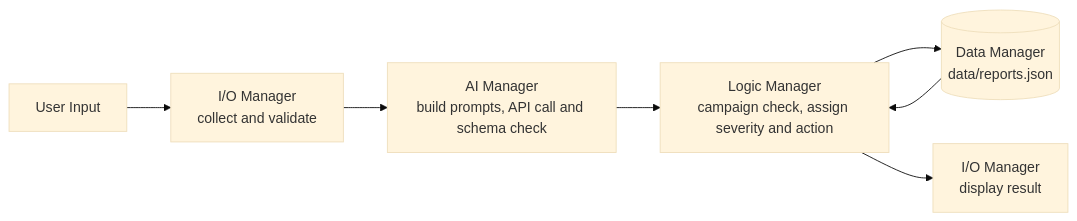
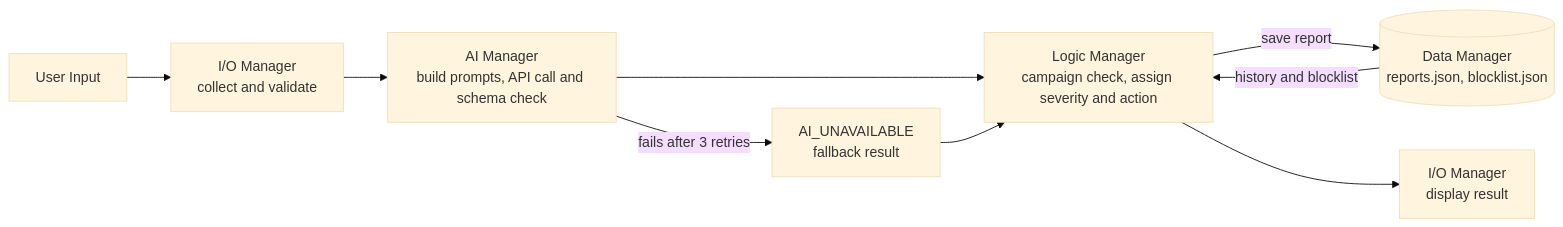
The diagram in README.md (HoiShaoMeng/26INF1103P5-6), drawn with Mermaid (base theme) before and after one commit. The commit also changed other lines of this file, not shown here.

````diff
--- a/README.md
+++ b/README.md
@@ -169,9 +289,11 @@
 ```mermaid
 flowchart LR
-U[User Input] --> IO[I/O Manager\ncollect and validate]
-IO --> AI[AI Manager\nbuild prompts, API call and schema check]
-AI --> L[Logic Manager\ncampaign check, assign severity and action]
-L --> D[(Data Manager\ndata/reports.json)]
-D --> L
-L --> OUT[I/O Manager\ndisplay result]
+U[User Input] --> IO[I/O Manager<br>collect and validate]
+IO --> AI[AI Manager<br>build prompts, API call and schema check]
+AI -- fails after 3 retries --> FB[AI_UNAVAILABLE<br>fallback result]
+AI --> L[Logic Manager<br>campaign check, assign severity and action]
+FB --> L
+D[(Data Manager<br>reports.json, blocklist.json)] -- history and blocklist --> L
+L -- save report --> D
+L --> OUT[I/O Manager<br>display result]
 ```
````
